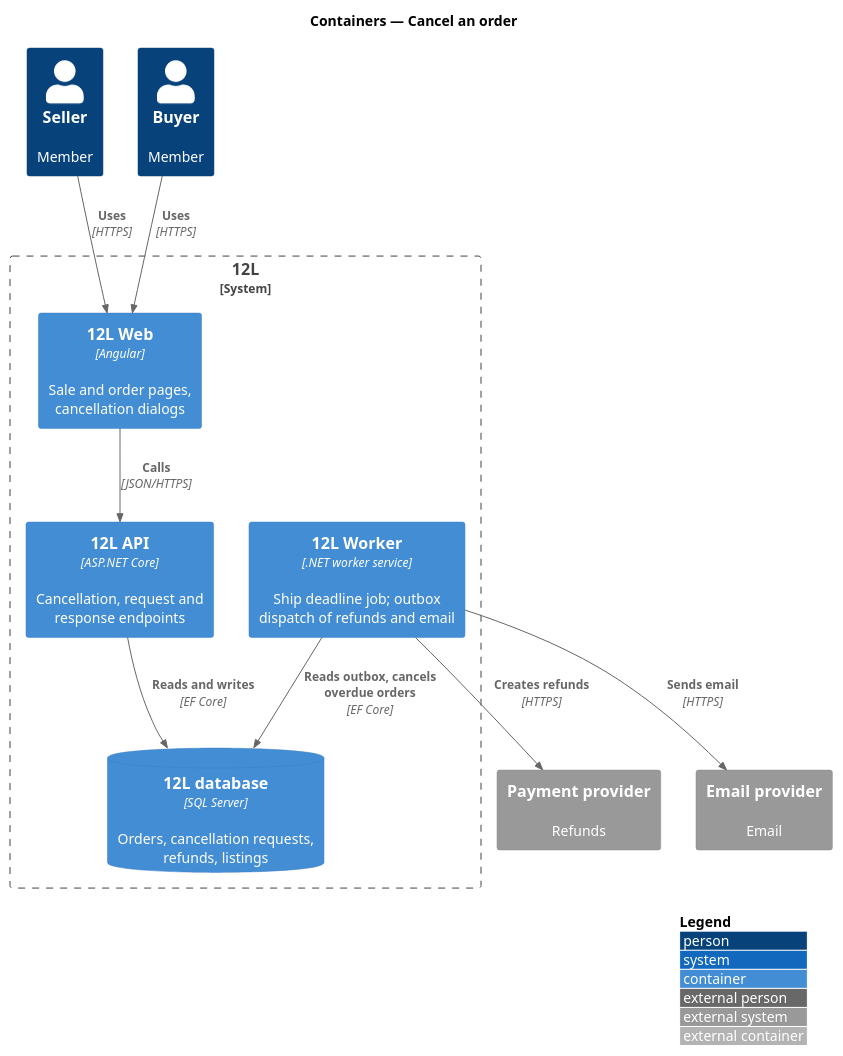
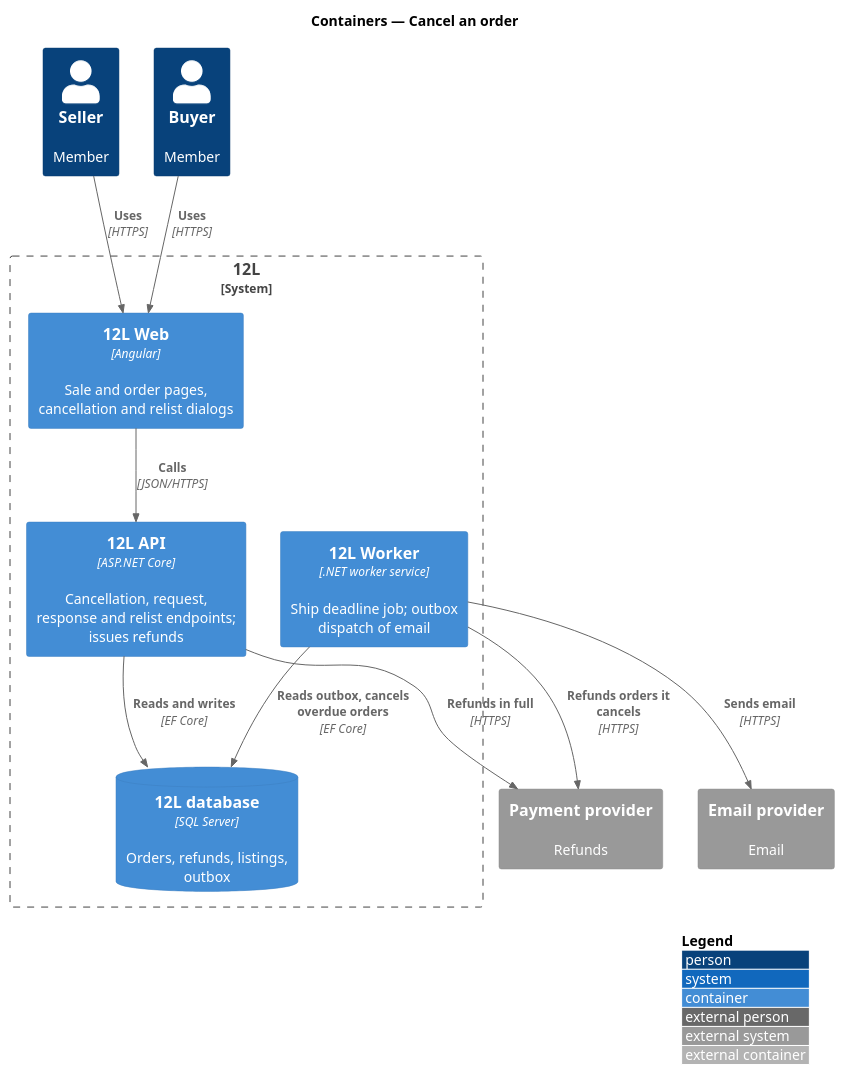
The diagram in docs/detailed-designs/orders/cancel-order/diagrams/c4-container.puml (QuinntyneBrown/12l), drawn with PlantUML before and after one commit. The commit also changed 85 other files, not shown here.

Commit message:
Document cancel-order: design, ADR orders/0006, design system, composition, mocks, L2-035, estimates

```diff
--- a/docs/detailed-designs/orders/cancel-order/diagrams/c4-container.puml
+++ b/docs/detailed-designs/orders/cancel-order/diagrams/c4-container.puml
@@ -1,23 +1,24 @@
 @startuml
 !include <C4/C4_Container>
 LAYOUT_WITH_LEGEND()
 title Containers — Cancel an order
 
 Person(seller, "Seller", "Member")
 Person(buyer, "Buyer", "Member")
 System_Boundary(twelvel, "12L") {
-  Container(web, "12L Web", "Angular", "Sale and order pages, cancellation dialogs")
-  Container(api, "12L API", "ASP.NET Core", "Cancellation, request and response endpoints")
-  Container(worker, "12L Worker", ".NET worker service", "Ship deadline job; outbox dispatch of refunds and email")
-  ContainerDb(db, "12L database", "SQL Server", "Orders, cancellation requests, refunds, listings")
+  Container(web, "12L Web", "Angular", "Sale and order pages, cancellation and relist dialogs")
+  Container(api, "12L API", "ASP.NET Core", "Cancellation, request, response and relist endpoints; issues refunds")
+  Container(worker, "12L Worker", ".NET worker service", "Ship deadline job; outbox dispatch of email")
+  ContainerDb(db, "12L database", "SQL Server", "Orders, refunds, listings, outbox")
 }
 System_Ext(pay, "Payment provider", "Refunds")
 System_Ext(email, "Email provider", "Email")
 Rel(seller, web, "Uses", "HTTPS")
 Rel(buyer, web, "Uses", "HTTPS")
 Rel(web, api, "Calls", "JSON/HTTPS")
 Rel(api, db, "Reads and writes", "EF Core")
+Rel(api, pay, "Refunds in full", "HTTPS")
 Rel(worker, db, "Reads outbox, cancels overdue orders", "EF Core")
-Rel(worker, pay, "Creates refunds", "HTTPS")
+Rel(worker, pay, "Refunds orders it cancels", "HTTPS")
 Rel(worker, email, "Sends email", "HTTPS")
 @enduml
```
